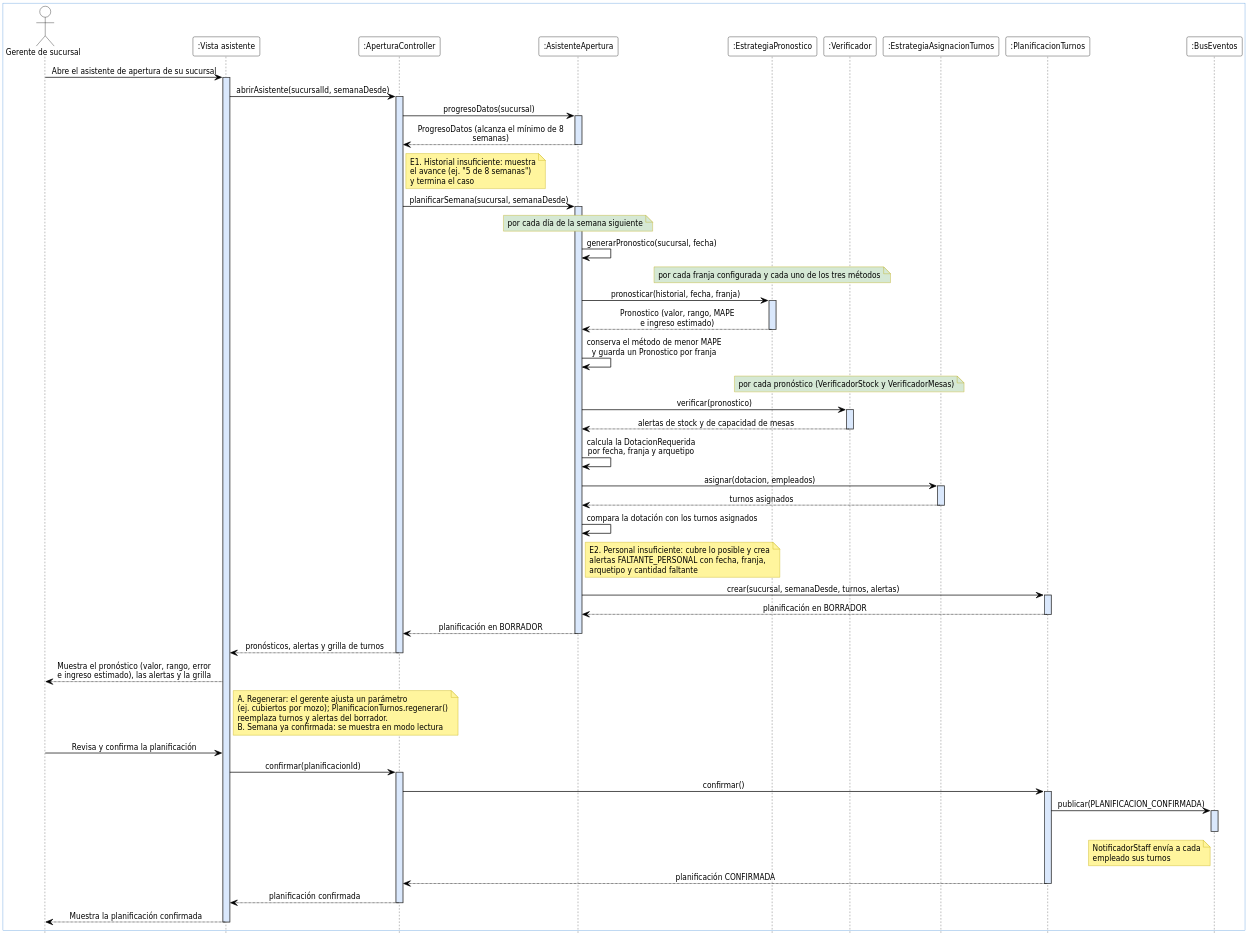
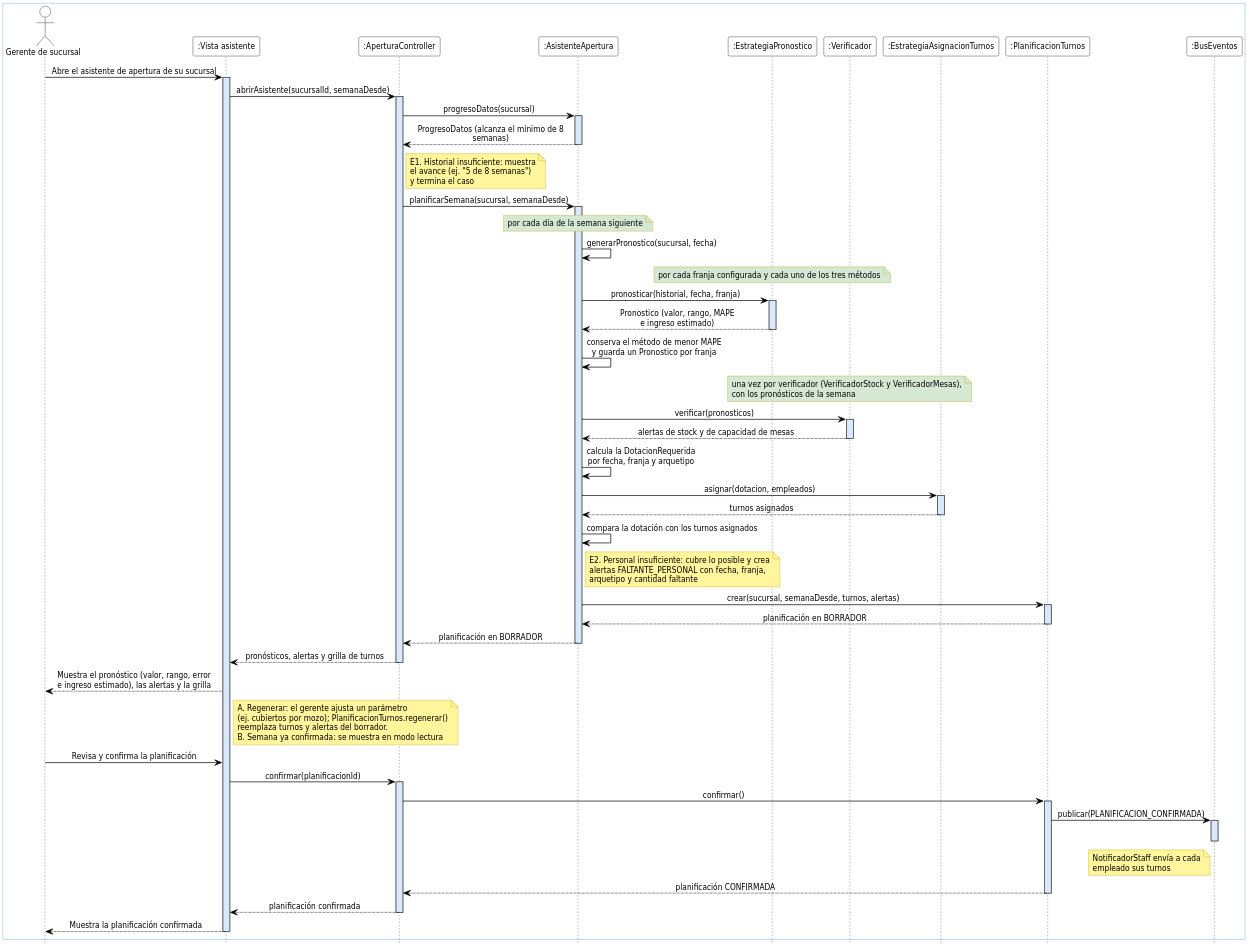
One commit to GabrielLigresti/TFG-PGIM changed the diagram in docs/modelos/secuencia/CU-09-consultar-asistente-de-apertura/v1/cu-09-secuencia-v1.puml. Above: the diagram before and after it, drawn with PlantUML. The commit also changed 8 other files, not shown here.

Commit message:
Actualizar los modelos para el Hito 7: verificadores por semana y alerta de inasistencia

```diff
--- a/docs/modelos/secuencia/CU-09-consultar-asistente-de-apertura/v1/cu-09-secuencia-v1.puml
+++ b/docs/modelos/secuencia/CU-09-consultar-asistente-de-apertura/v1/cu-09-secuencia-v1.puml
@@ -1,103 +1,103 @@
 @startuml cu-09-secuencia-v1
 ' Formato Vialia: participantes ":Clase", barras de activación celestes,
 ' sin numeración ni fragmentos; los flujos alternativos y las excepciones van como notas.
 skinparam dpi 200
 skinparam defaultFontName DejaVu Sans Condensed
 skinparam defaultFontSize 12
 skinparam shadowing false
 skinparam maxMessageSize 260
 skinparam sequenceMessageAlign center
 skinparam responseMessageBelowArrow false
 skinparam ArrowColor #000000
 skinparam ArrowThickness 1
 skinparam ActorBorderColor #000000
 skinparam ActorBackgroundColor #FFFFFF
 skinparam ActorFontColor #000000
 skinparam ParticipantBorderColor #000000
 skinparam ParticipantBackgroundColor #FFFFFF
 skinparam ParticipantFontColor #000000
 skinparam NoteBorderColor #BFA800
 skinparam NoteBackgroundColor #FFF59D
 skinparam NoteFontColor #000000
 skinparam BoxPadding 12
 skinparam sequence {
   LifeLineBorderColor #444444
   LifeLineBackgroundColor #DAE8FC
   BoxBorderColor #4A90D9
   BoxBackgroundColor #FFFFFF
 }
 hide footbox
 
 box
   actor "Gerente de sucursal" as G
   participant ":Vista asistente" as V
   participant ":AperturaController" as AC
   participant ":AsistenteApertura" as AA
   participant ":EstrategiaPronostico" as EP
   participant ":Verificador" as VE
   participant ":EstrategiaAsignacionTurnos" as EAT
   participant ":PlanificacionTurnos" as PT
   participant ":BusEventos" as BUS
 end box
 
 G -> V : Abre el asistente de apertura de su sucursal
 activate V
 V -> AC : abrirAsistente(sucursalId, semanaDesde)
 activate AC
 AC -> AA : progresoDatos(sucursal)
 activate AA
 AA --> AC : ProgresoDatos (alcanza el mínimo de 8 semanas)
 deactivate AA
 note right of AC : E1. Historial insuficiente: muestra\nel avance (ej. "5 de 8 semanas")\ny termina el caso
 
 AC -> AA : planificarSemana(sucursal, semanaDesde)
 activate AA
 note over AA #D5E8D4 : por cada día de la semana siguiente
 AA -> AA : generarPronostico(sucursal, fecha)
 note over EP #D5E8D4 : por cada franja configurada y cada uno de los tres métodos
 AA -> EP : pronosticar(historial, fecha, franja)
 activate EP
 EP --> AA : Pronostico (valor, rango, MAPE\ne ingreso estimado)
 deactivate EP
 AA -> AA : conserva el método de menor MAPE\ny guarda un Pronostico por franja
 
-note over VE #D5E8D4 : por cada pronóstico (VerificadorStock y VerificadorMesas)
-AA -> VE : verificar(pronostico)
+note over VE #D5E8D4 : una vez por verificador (VerificadorStock y VerificadorMesas),\ncon los pronósticos de la semana
+AA -> VE : verificar(pronosticos)
 activate VE
 VE --> AA : alertas de stock y de capacidad de mesas
 deactivate VE
 
 AA -> AA : calcula la DotacionRequerida\npor fecha, franja y arquetipo
 AA -> EAT : asignar(dotacion, empleados)
 activate EAT
 EAT --> AA : turnos asignados
 deactivate EAT
 AA -> AA : compara la dotación con los turnos asignados
 note right of AA : E2. Personal insuficiente: cubre lo posible y crea\nalertas FALTANTE_PERSONAL con fecha, franja,\narquetipo y cantidad faltante
 AA -> PT : crear(sucursal, semanaDesde, turnos, alertas)
 activate PT
 PT --> AA : planificación en BORRADOR
 deactivate PT
 AA --> AC : planificación en BORRADOR
 deactivate AA
 AC --> V : pronósticos, alertas y grilla de turnos
 deactivate AC
 V --> G : Muestra el pronóstico (valor, rango, error\ne ingreso estimado), las alertas y la grilla
 note right of V : A. Regenerar: el gerente ajusta un parámetro\n(ej. cubiertos por mozo); PlanificacionTurnos.regenerar()\nreemplaza turnos y alertas del borrador.\nB. Semana ya confirmada: se muestra en modo lectura
 
 G -> V : Revisa y confirma la planificación
 V -> AC : confirmar(planificacionId)
 activate AC
 AC -> PT : confirmar()
 activate PT
 PT -> BUS : publicar(PLANIFICACION_CONFIRMADA)
 activate BUS
 deactivate BUS
 note left of BUS : NotificadorStaff envía a cada\nempleado sus turnos
 PT --> AC : planificación CONFIRMADA
 deactivate PT
 AC --> V : planificación confirmada
 deactivate AC
 V --> G : Muestra la planificación confirmada
 deactivate V
 @enduml
```
